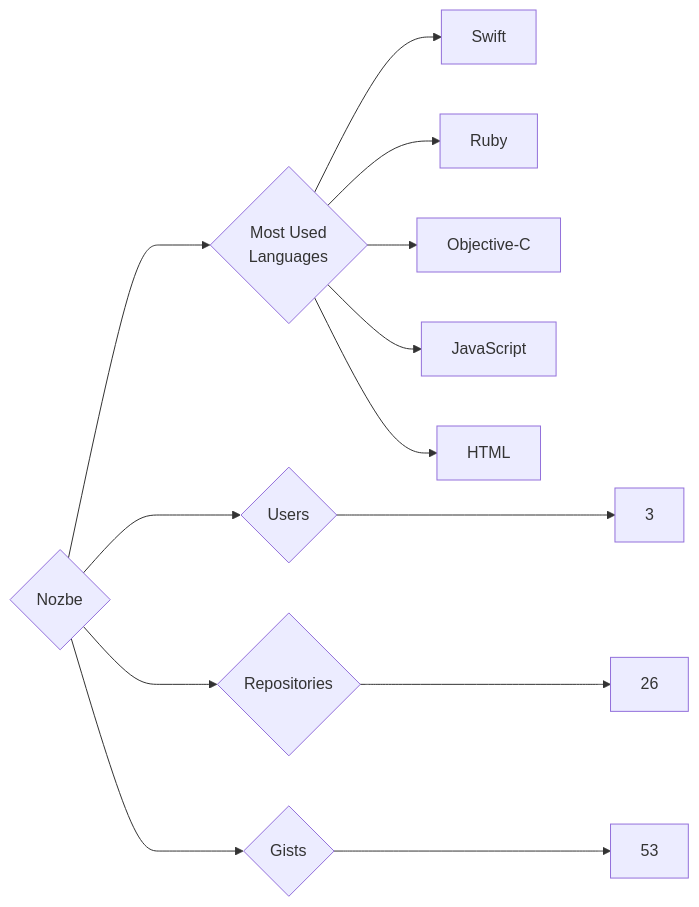
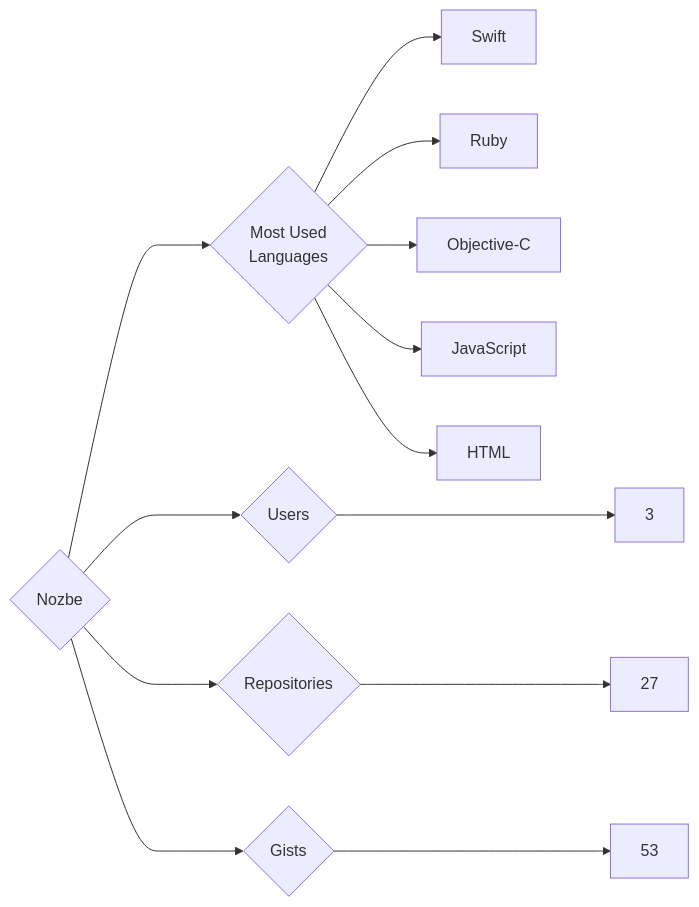
One commit to trickest/insiders changed the diagram in targets/Nozbe/README.md. Above: the diagram before and after it, drawn with Mermaid. The commit also changed 796 other files, not shown here.

````diff
--- a/targets/Nozbe/README.md
+++ b/targets/Nozbe/README.md
@@ -3,13 +3,13 @@
 ```mermaid
 graph LR
 COMPANY_NAME{Nozbe}
 COMPANY_NAME ---> U{Users} ---> UN[3]
-COMPANY_NAME ---> R{Repositories} ---> RN[26]
+COMPANY_NAME ---> R{Repositories} ---> RN[27]
 COMPANY_NAME ---> G{Gists} ---> GN[53]
 COMPANY_NAME ---> ML{Most Used<br>Languages}
 ML --> Swift[Swift]
 ML --> Ruby[Ruby]
 ML --> Objective-C[Objective-C]
 ML --> JavaScript[JavaScript]
 ML --> HTML[HTML]
 ```
````
